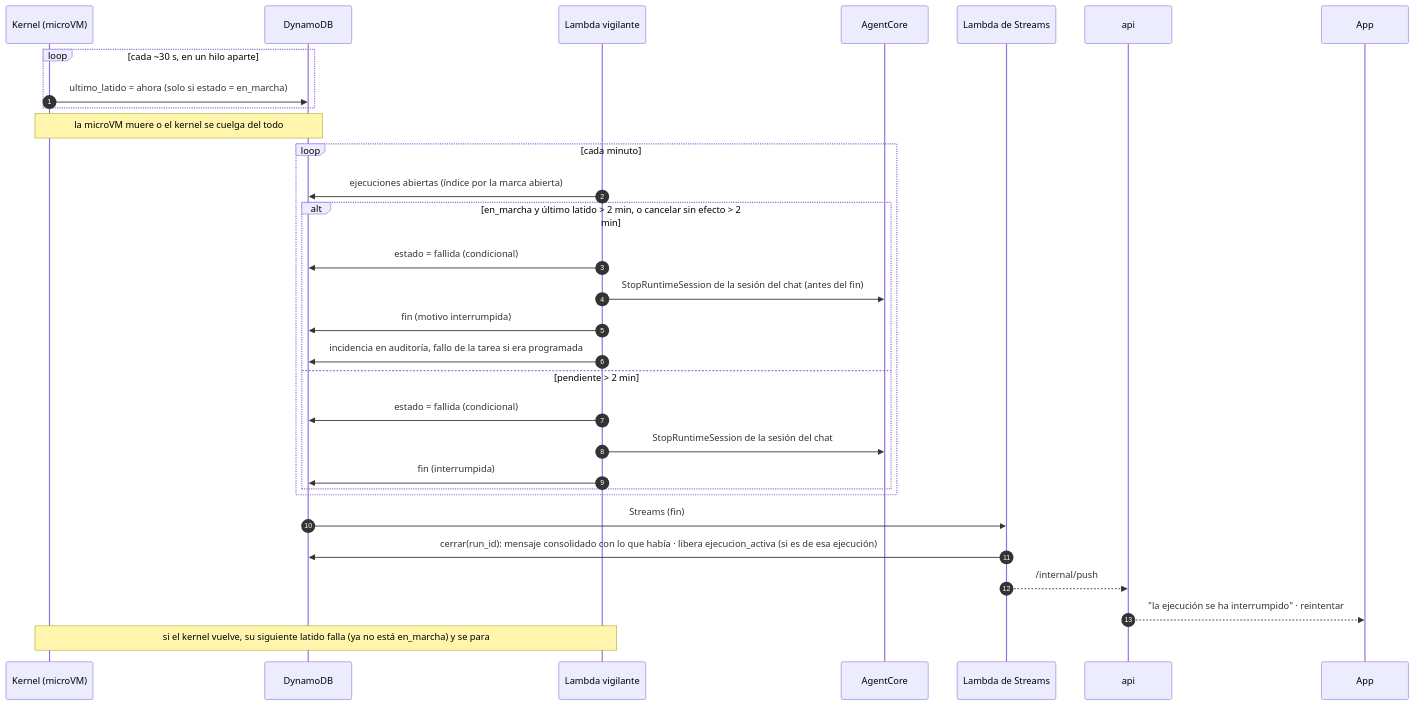
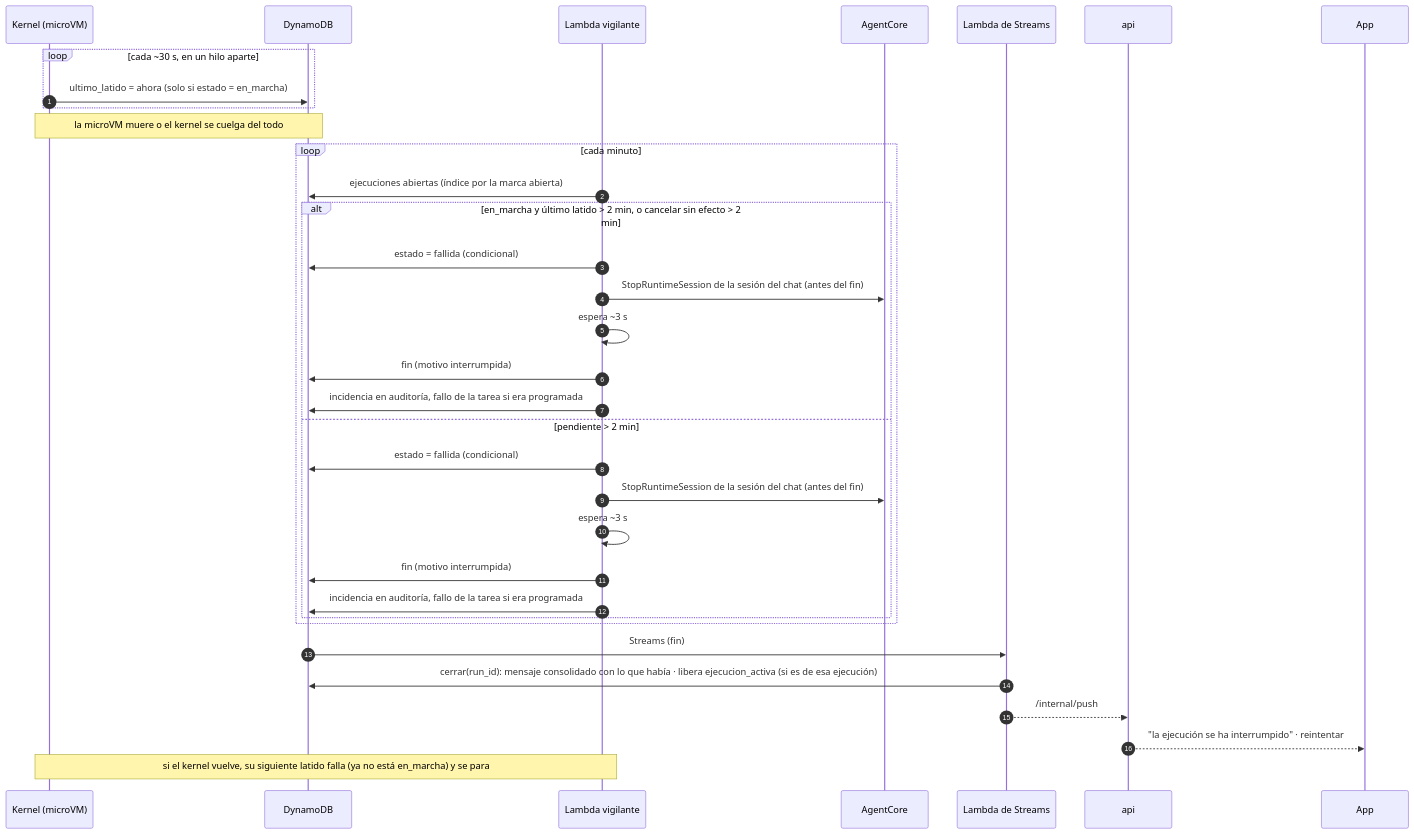
One commit to ikermendi/sample-agent-platform-with-agentcore changed the sixth of 9 diagrams in docs/arquitectura-agentes.md. Above: the diagram before and after it, drawn with Mermaid. The commit also changed other lines of this file, not shown here.

Commit message:
docs: revisión completa tras las sondas 7c y 9 (restos de la lanzadora y de los contadores en Streams, orden de parada y fin, referencias)

````diff
--- a/docs/arquitectura-agentes.md
+++ b/docs/arquitectura-agentes.md
@@ -669,34 +669,37 @@
 ```mermaid
 sequenceDiagram
   autonumber
   participant K as Kernel (microVM)
   participant D as DynamoDB
   participant V as Lambda vigilante
   participant AC as AgentCore
   participant C as Lambda de Streams
   participant API as api
   participant App as App
 
   loop cada ~30 s, en un hilo aparte
     K->>D: ultimo_latido = ahora (solo si estado = en_marcha)
   end
   Note over K,D: la microVM muere o el kernel se cuelga del todo
   loop cada minuto
     V->>D: ejecuciones abiertas (índice por la marca abierta)
     alt en_marcha y último latido > 2 min, o cancelar sin efecto > 2 min
       V->>D: estado = fallida (condicional)
       V->>AC: StopRuntimeSession de la sesión del chat (antes del fin)
+      V->>V: espera ~3 s
       V->>D: fin (motivo interrumpida)
       V->>D: incidencia en auditoría, fallo de la tarea si era programada
     else pendiente > 2 min
       V->>D: estado = fallida (condicional)
-      V->>AC: StopRuntimeSession de la sesión del chat
-      V->>D: fin (interrumpida)
+      V->>AC: StopRuntimeSession de la sesión del chat (antes del fin)
+      V->>V: espera ~3 s
+      V->>D: fin (motivo interrumpida)
+      V->>D: incidencia en auditoría, fallo de la tarea si era programada
     end
   end
   D->>C: Streams (fin)
   C->>D: cerrar(run_id): mensaje consolidado con lo que había · libera ejecucion_activa (si es de esa ejecución)
   C-->>API: /internal/push
   API-->>App: "la ejecución se ha interrumpido" · reintentar
   Note over K,V: si el kernel vuelve, su siguiente latido falla (ya no está en_marcha) y se para
 ```
````
